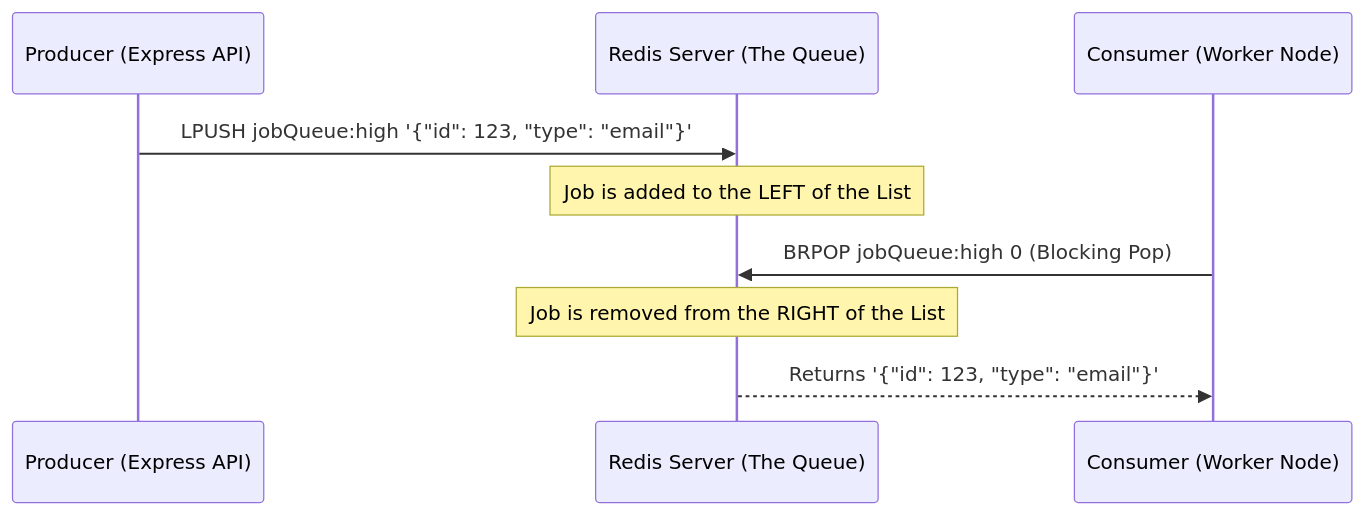
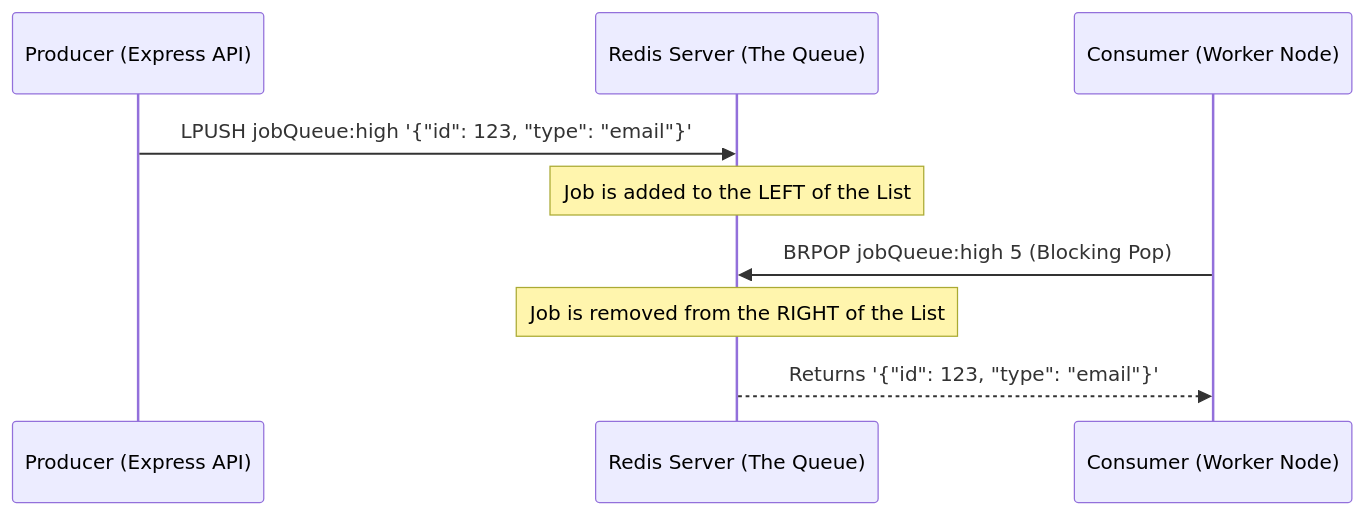
One commit to Aryns293/QueueFlow-prep changed the diagram in 3. Redis - Concepts & Commands Used.md. Above: the diagram before and after it, drawn with Mermaid. The commit also changed other lines of this file and 7 other files, not shown here.

````diff
--- a/3. Redis - Concepts & Commands Used.md
+++ b/3. Redis - Concepts & Commands Used.md
@@ -17,13 +17,13 @@
 ```mermaid
 sequenceDiagram
     participant API as Producer (Express API)
     participant Redis as Redis Server (The Queue)
     participant Worker as Consumer (Worker Node)
 
     API->>Redis: LPUSH jobQueue:high '{"id": 123, "type": "email"}'
     Note over Redis: Job is added to the LEFT of the List
     
-    Worker->>Redis: BRPOP jobQueue:high 0 (Blocking Pop)
+    Worker->>Redis: BRPOP jobQueue:high 5 (Blocking Pop)
     Note over Redis: Job is removed from the RIGHT of the List
     Redis-->>Worker: Returns '{"id": 123, "type": "email"}'
 ```
````
